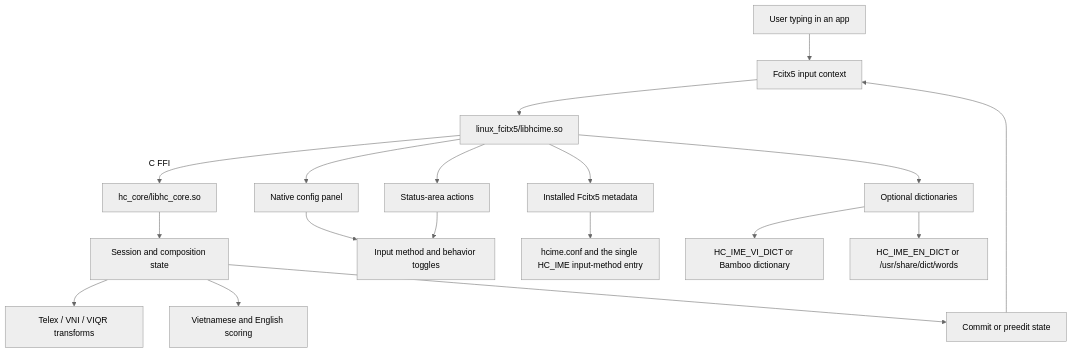
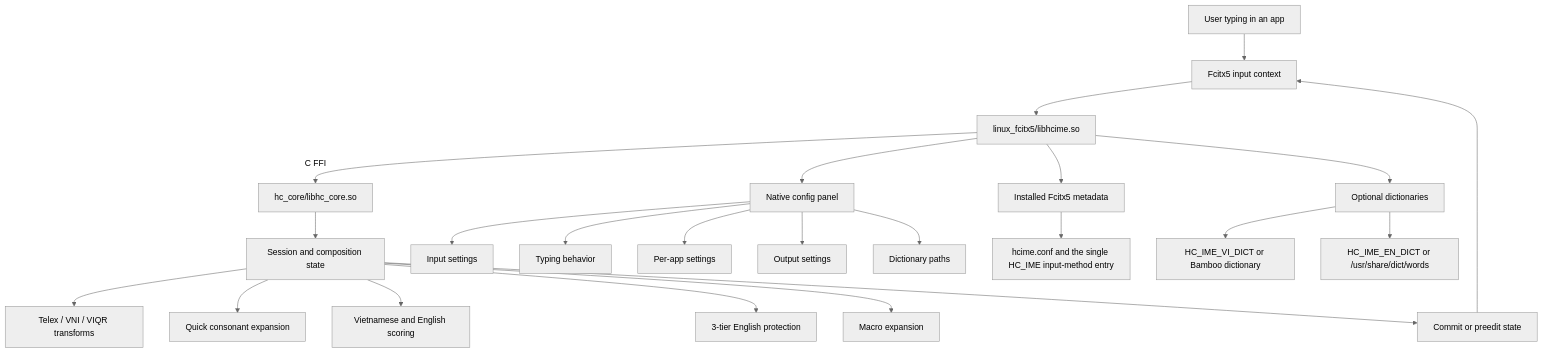
Before and after one commit to jakessteve/HC_IME: the diagram in README.md, drawn with Mermaid (neutral theme). The commit also changed other lines of this file and 12 other files, not shown here.

````diff
--- a/README.md
+++ b/README.md
@@ -22,22 +28,27 @@
 ```mermaid
 graph TD
     U[User typing in an app] --> F[Fcitx5 input context]
     F --> E[linux_fcitx5/libhcime.so]
     E -->|C FFI| R[hc_core/libhc_core.so]
     R --> S[Session and composition state]
     S --> T[Telex / VNI / VIQR transforms]
+    S --> Q[Quick consonant expansion]
     S --> L[Vietnamese and English scoring]
+    S --> EP[3-tier English protection]
+    S --> M[Macro expansion]
     S --> C[Commit or preedit state]
     C --> F
 
     E --> G[Native config panel]
-    G --> M[Input method and behavior toggles]
-    E --> P[Status-area actions]
-    P --> M
+    G --> MI[Input settings]
+    G --> BT[Typing behavior]
+    G --> PA[Per-app settings]
+    G --> OP[Output settings]
+    G --> DP[Dictionary paths]
 
     E --> I[Installed Fcitx5 metadata]
     I --> J[hcime.conf and the single HC_IME input-method entry]
     E --> D[Optional dictionaries]
     D --> DV[HC_IME_VI_DICT or Bamboo dictionary]
     D --> DE[HC_IME_EN_DICT or /usr/share/dict/words]
 ```
````
